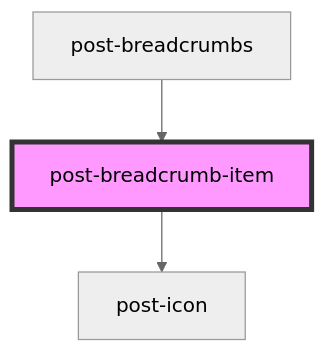
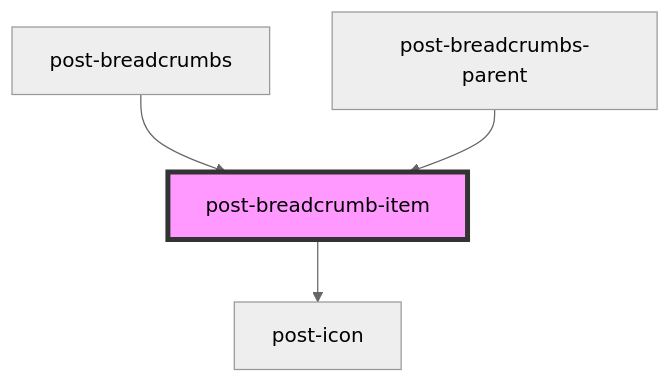
Before and after one commit to swisspost/design-system: the diagram in packages/components/src/components/post-breadcrumb-item/readme.md, drawn with Mermaid (neutral theme). The commit also changed other lines of this file and 5 other files, not shown here.

````diff
--- a/packages/components/src/components/post-breadcrumb-item/readme.md
+++ b/packages/components/src/components/post-breadcrumb-item/readme.md
@@ -33,6 +35,7 @@
 ```mermaid
 graph TD;
   post-breadcrumb-item --> post-icon
   post-breadcrumbs --> post-breadcrumb-item
+  post-breadcrumbs-parent --> post-breadcrumb-item
   style post-breadcrumb-item fill:#f9f,stroke:#333,stroke-width:4px
 ```
````
